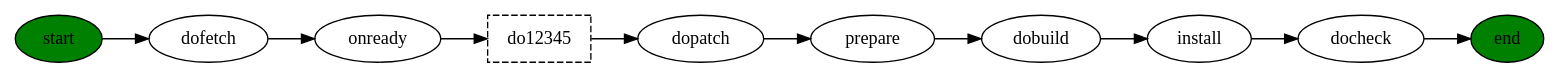
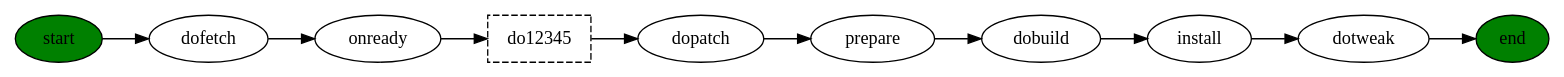
Before and after one commit to leleliu008/ppkg: the diagram in phases.dot, drawn with Graphviz. The commit also changed 3 other files, not shown here.

```diff
--- a/phases.dot
+++ b/phases.dot
@@ -1,7 +1,7 @@
 digraph {
     rankdir="LR"
-    start -> dofetch -> onready -> do12345 -> dopatch -> prepare -> dobuild -> install -> docheck -> end
+    start -> dofetch -> onready -> do12345 -> dopatch -> prepare -> dobuild -> install -> dotweak -> end
     do12345 [shape="box"; style="dashed"];
     start [fillcolor="green";style=filled]
     end [fillcolor="green";style=filled]
 }
```
